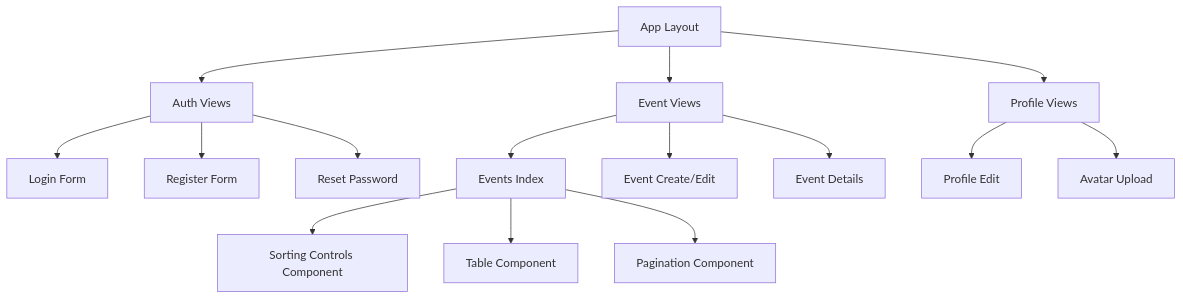
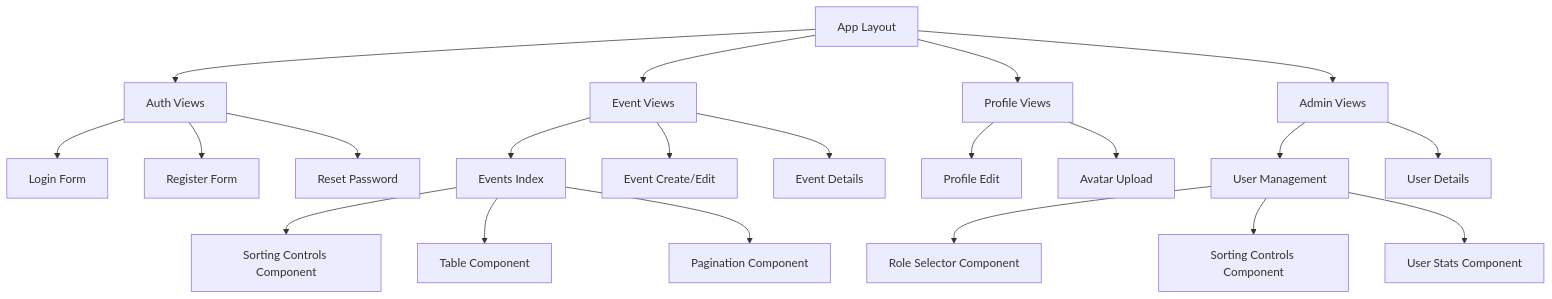
Before and after one commit to Event-Management-Ticketing-System-EMTS/Event-Management-Ticketing-System: the third of 9 diagrams in ARCHITECTURE.md, drawn with Mermaid. The commit also changed other lines of this file and 1 other file, not shown here.

Commit message:
feat: Enhance role management system with strategy pattern and admin controls

````diff
--- a/ARCHITECTURE.md
+++ b/ARCHITECTURE.md
@@ -80,21 +93,29 @@
 ```mermaid
 graph TD
     A[App Layout] --> B[Auth Views]
     A --> C[Event Views]
     A --> D[Profile Views]
     
     B --> B1[Login Form]
     B --> B2[Register Form]
     B --> B3[Reset Password]
     
     C --> C1[Events Index]
     C --> C2[Event Create/Edit]
     C --> C3[Event Details]
     
     C1 --> SC[Sorting Controls Component]
     C1 --> TC[Table Component]
     C1 --> PC[Pagination Component]
     
     D --> D1[Profile Edit]
     D --> D2[Avatar Upload]
+    
+    A --> E[Admin Views]
+    E --> E1[User Management]
+    E --> E2[User Details]
+    
+    E1 --> RSC[Role Selector Component]
+    E1 --> SSC[Sorting Controls Component]
+    E1 --> USC[User Stats Component]
 ```
````
